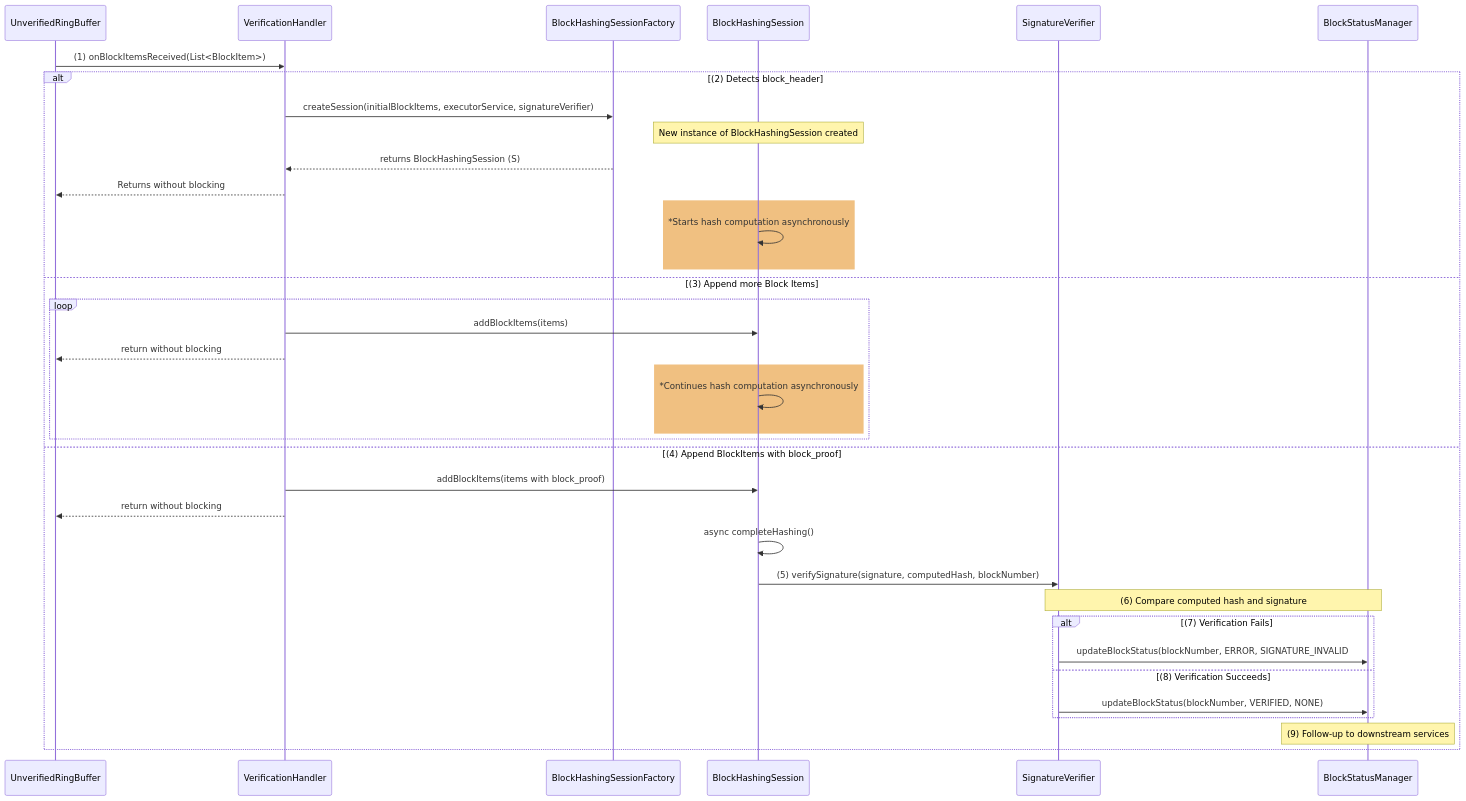
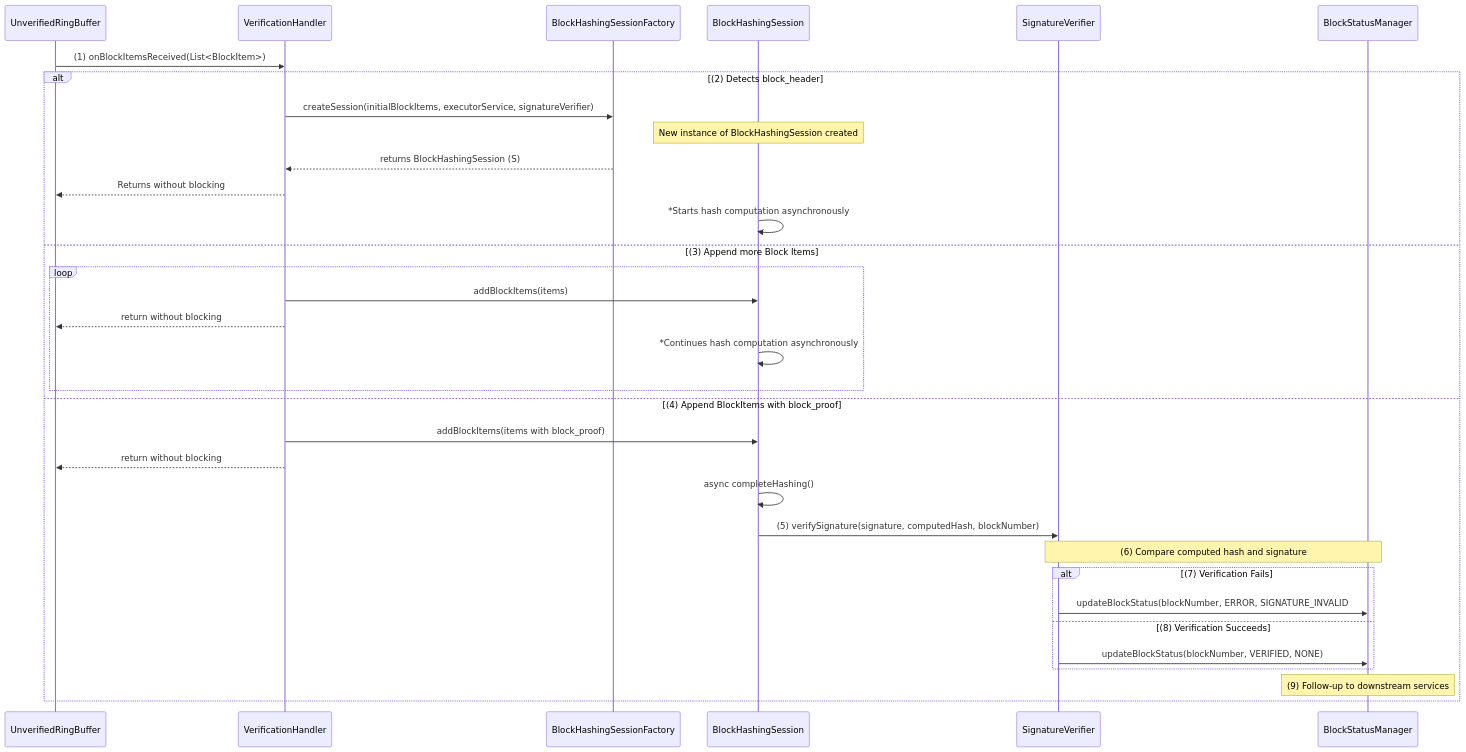
One commit to hashgraph/hedera-block-node changed the diagram in server/docs/design/block-verification.md. Above: the diagram before and after it, drawn with Mermaid. The commit also changed other lines of this file, not shown here.

````diff
--- a/server/docs/design/block-verification.md
+++ b/server/docs/design/block-verification.md
@@ -63,54 +63,50 @@
 ```mermaid
 sequenceDiagram
     participant U as UnverifiedRingBuffer
     participant V as VerificationHandler
     participant F as BlockHashingSessionFactory
     participant S as BlockHashingSession
     participant SV as SignaturesequenceDiagram
     participant U as UnverifiedRingBuffer
     participant V as VerificationHandler
     participant F as BlockHashingSessionFactory
     participant S as BlockHashingSession
     participant SV as SignatureVerifier
     participant BSM as BlockStatusManager
 
         
     U->>V: (1) onBlockItemsReceived(List<BlockItem>)        
     
     alt (2) Detects block_header
     
     V->>F: createSession(initialBlockItems, executorService, signatureVerifier)
     Note over S: New instance of BlockHashingSession created
     F-->>V: returns BlockHashingSession (S)
     V-->>U: Returns without blocking
-    rect rgb(240, 192, 129)
     S->>S: *Starts hash computation asynchronously
-    end
     
     else (3) Append more Block Items
     loop
     V->>S: addBlockItems(items)
     V-->>U: return without blocking
-    rect rgb(240, 192, 129)
     S->>S: *Continues hash computation asynchronously
-    end
     end
 
     else (4) Append BlockItems with block_proof
    
     V->>S: addBlockItems(items with block_proof)
     V-->>U: return without blocking    
     S->>S: async completeHashing()   
 
     S->>SV: (5) verifySignature(signature, computedHash, blockNumber)    
 
     Note over SV,BSM: (6) Compare computed hash and signature
     alt (7) Verification Fails
       SV->>BSM: updateBlockStatus(blockNumber, ERROR, SIGNATURE_INVALID      
     else (8) Verification Succeeds
       SV->>BSM: updateBlockStatus(blockNumber, VERIFIED, NONE)      
     end
     Note over BSM: (9) Follow-up to downstream services
     end
 
 ```
````
